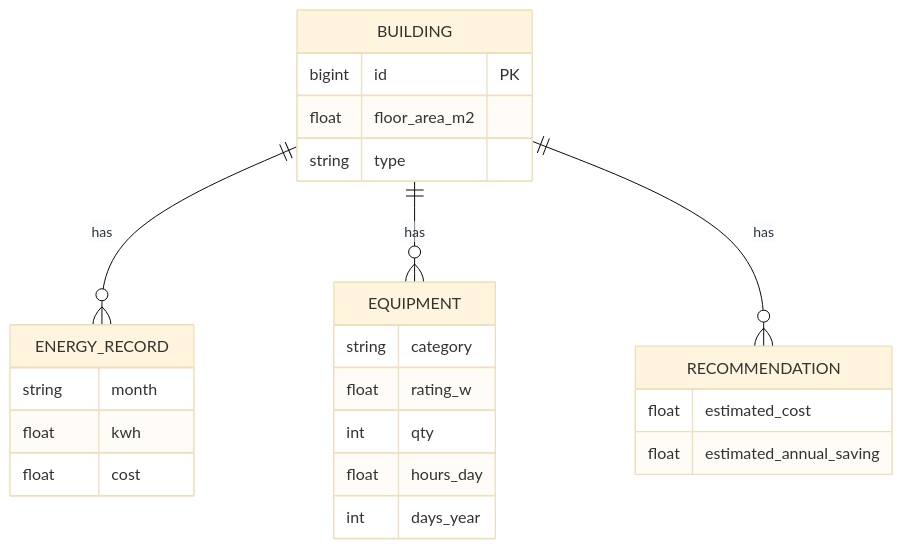
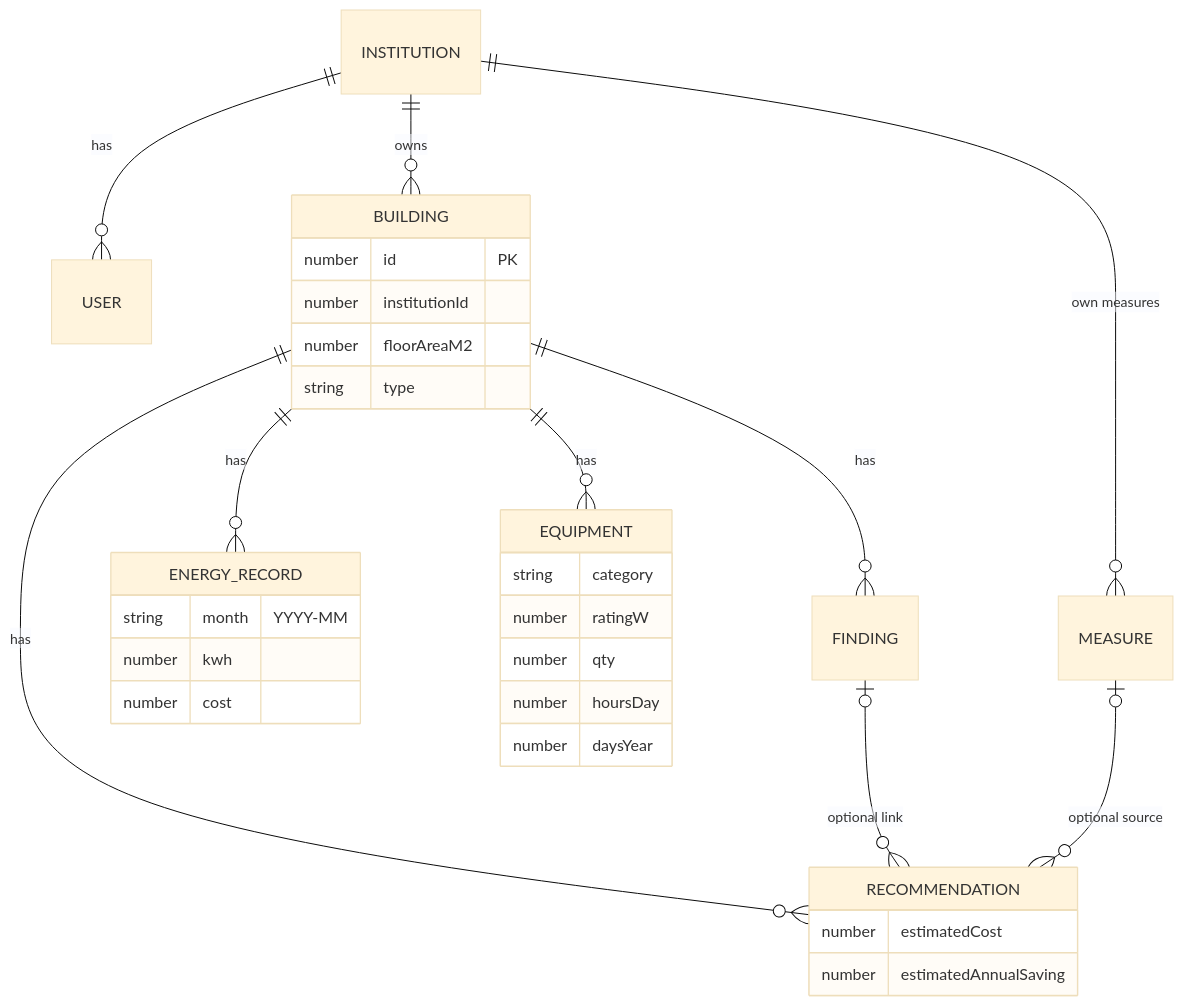
One commit to TooEzra/Energy-Audit-App changed the third of 9 diagrams in README.md. Above: the diagram before and after it, drawn with Mermaid (base theme). The commit also changed other lines of this file and 30 other files, not shown here.

````diff
--- a/README.md
+++ b/README.md
@@ -79,28 +102,35 @@
 ```mermaid
 erDiagram
+    INSTITUTION ||--o{ USER : has
+    INSTITUTION ||--o{ BUILDING : owns
+    INSTITUTION ||--o{ MEASURE : "own measures"
     BUILDING ||--o{ ENERGY_RECORD : has
     BUILDING ||--o{ EQUIPMENT : has
+    BUILDING ||--o{ FINDING : has
     BUILDING ||--o{ RECOMMENDATION : has
+    FINDING |o--o{ RECOMMENDATION : "optional link"
+    MEASURE |o--o{ RECOMMENDATION : "optional source"
 
     BUILDING {
-        bigint id PK
-        float floor_area_m2
+        number id PK
+        number institutionId
+        number floorAreaM2
         string type
     }
     ENERGY_RECORD {
-        string month
-        float kwh
-        float cost
+        string month "YYYY-MM"
+        number kwh
+        number cost
     }
     EQUIPMENT {
         string category
-        float rating_w
-        int qty
-        float hours_day
-        int days_year
+        number ratingW
+        number qty
+        number hoursDay
+        number daysYear
     }
     RECOMMENDATION {
-        float estimated_cost
-        float estimated_annual_saving
+        number estimatedCost
+        number estimatedAnnualSaving
     }
 ```
````
